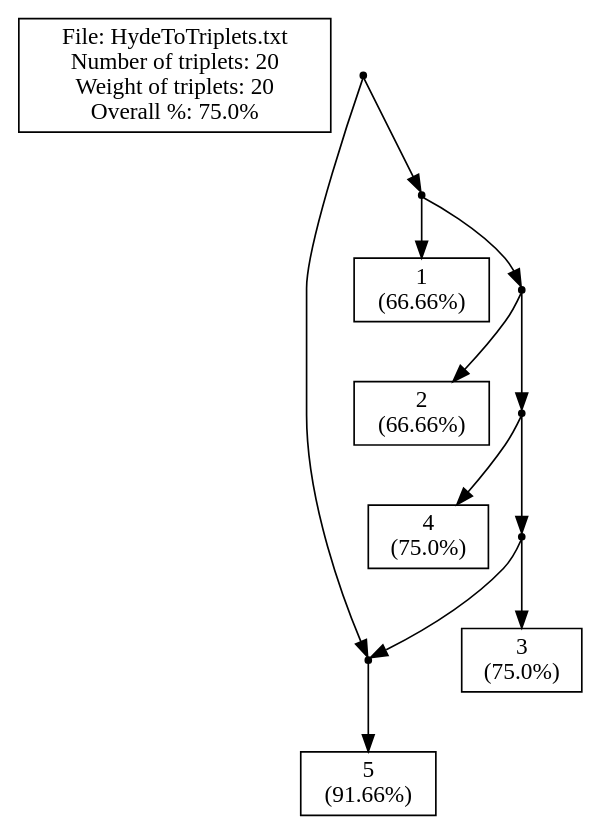
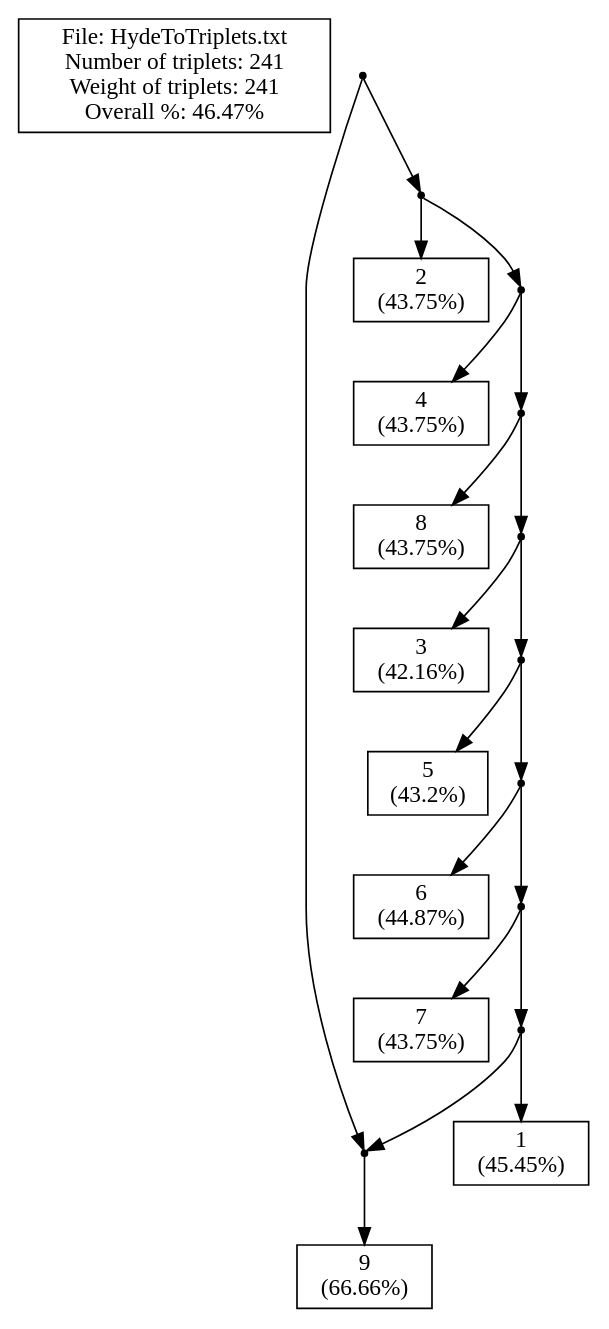
One commit to solislemuslab/phylo-knit changed the diagram in src/Server/cExample1_m.dot. Above: the diagram before and after it, drawn with Graphviz. The commit also changed 5 other files, not shown here.

```diff
--- a/src/Server/cExample1_m.dot
+++ b/src/Server/cExample1_m.dot
@@ -1,50 +1,66 @@
 // LEV1ATHAN Version 1.0, 21 september 2009
 // COMMENT: Pre-processing the input file to count the leaves
-// COMMENT: Pre-processing showed that there are 5 leaves in the input.
-// SUMMARY: Input had 5 leaves.
+// COMMENT: Pre-processing showed that there are 9 leaves in the input.
+// SUMMARY: Input had 9 leaves.
 // USER-SETTING: Will *not* post-process output to collapse edges.
 // COMMENT: Triplet set is already dense.
-// SUMMARY: There are 20 triplets in the input.
-// SUMMARY: Total weight of input triplets is 20.
+// SUMMARY: There are 241 triplets in the input.
+// SUMMARY: Total weight of input triplets is 241.
 // SUMMARY: (Before post-processing)
-// SUMMARY: We got 15 units of triplet weight, that's 75.0% of total weight.
-// SUMMARY: In total 5 units of triplet weight were -not- consistent with the ouput network.
-// SUMMARY: Output network contained 1 triplets -not- in the original input.
-// SUMMARY: The symmetric difference is thus 5 + (1 * 1) = 6
+// SUMMARY: We got 112 units of triplet weight, that's 46.47% of total weight.
+// SUMMARY: In total 129 units of triplet weight were -not- consistent with the ouput network.
+// SUMMARY: Output network contained 0 triplets -not- in the original input.
+// SUMMARY: The symmetric difference is thus 129 + (1 * 0) = 129
 // SUMMARY: (After post-processing)
 strict digraph G1 {
 edge [fontsize=8]
-labelbox [shape=box, width=0.4, label="File: HydeToTriplets.txt\nNumber of triplets: 20\nWeight of triplets: 20\nOverall %: 75.0%"];
+labelbox [shape=box, width=0.4, label="File: HydeToTriplets.txt\nNumber of triplets: 241\nWeight of triplets: 241\nOverall %: 46.47%"];
 internal1000 [shape=point];
 internal1001 [shape=point];
-5 [shape=box, width=0.3, label="5\n(91.66%)"];
+9 [shape=box, width=0.3, label="9\n(66.66%)"];
 internal1003 [shape=point];
-1 [shape=box, width=0.3, label="1\n(66.66%)"];
+2 [shape=box, width=0.3, label="2\n(43.75%)"];
 internal1005 [shape=point];
-2 [shape=box, width=0.3, label="2\n(66.66%)"];
+4 [shape=box, width=0.3, label="4\n(43.75%)"];
 internal1007 [shape=point];
-4 [shape=box, width=0.3, label="4\n(75.0%)"];
+8 [shape=box, width=0.3, label="8\n(43.75%)"];
 internal1009 [shape=point];
-3 [shape=box, width=0.3, label="3\n(75.0%)"];
+3 [shape=box, width=0.3, label="3\n(42.16%)"];
+internal1011 [shape=point];
+5 [shape=box, width=0.3, label="5\n(43.2%)"];
+internal1013 [shape=point];
+6 [shape=box, width=0.3, label="6\n(44.87%)"];
+internal1015 [shape=point];
+7 [shape=box, width=0.3, label="7\n(43.75%)"];
+internal1017 [shape=point];
+1 [shape=box, width=0.3, label="1\n(45.45%)"];
 internal1000 -> internal1001
 internal1000 -> internal1003
-internal1001 -> 5
-internal1003 -> 1
+internal1001 -> 9
+internal1003 -> 2
 internal1003 -> internal1005
-internal1005 -> 2
+internal1005 -> 4
 internal1005 -> internal1007
-internal1007 -> 4
+internal1007 -> 8
 internal1007 -> internal1009
 internal1009 -> 3
-internal1009 -> internal1001
-internal1001 -> 5
+internal1009 -> internal1011
+internal1011 -> 5
+internal1011 -> internal1013
+internal1013 -> 6
+internal1013 -> internal1015
+internal1015 -> 7
+internal1015 -> internal1017
+internal1017 -> 1
+internal1017 -> internal1001
+internal1001 -> 9
 }
-// SUMMARY: eNewick output: ((5)#H1,(1,(2,(4,(3,#H1)))));
-// SUMMARY: In total 5 units of triplet weight were -not- consistent with the ouput network.
-// SUMMARY: Output network contained 1 triplets -not- in the original input.
+// SUMMARY: eNewick output: ((9)#H1,(2,(4,(8,(3,(5,(6,(7,(1,#H1)))))))));
+// SUMMARY: In total 129 units of triplet weight were -not- consistent with the ouput network.
+// SUMMARY: Output network contained 0 triplets -not- in the original input.
 // SUMMARY: Weight of missing triplets before contraction minus weight of missing triplets afterwards: 0
 // SUMMARY: Number of surplus triplets before contraction minus number of surplus triplets afterwards: 0
-// CONCLUSION: After post-processing we got 15 units of triplet weight, that's 75.0% of total weight (before post-processing this was 75.0%).
-// CONCLUSION: After post-processing the symmetric difference is thus 5 + (1 * 1) = 6 (before post-processing this was 6)
-// STAT: PERCENTAGE = 75.0
-// STAT: NETWORK-TRIPLET SD = 6
+// CONCLUSION: After post-processing we got 112 units of triplet weight, that's 46.47% of total weight (before post-processing this was 46.47%).
+// CONCLUSION: After post-processing the symmetric difference is thus 129 + (1 * 0) = 129 (before post-processing this was 129)
+// STAT: PERCENTAGE = 46.47
+// STAT: NETWORK-TRIPLET SD = 129
```
